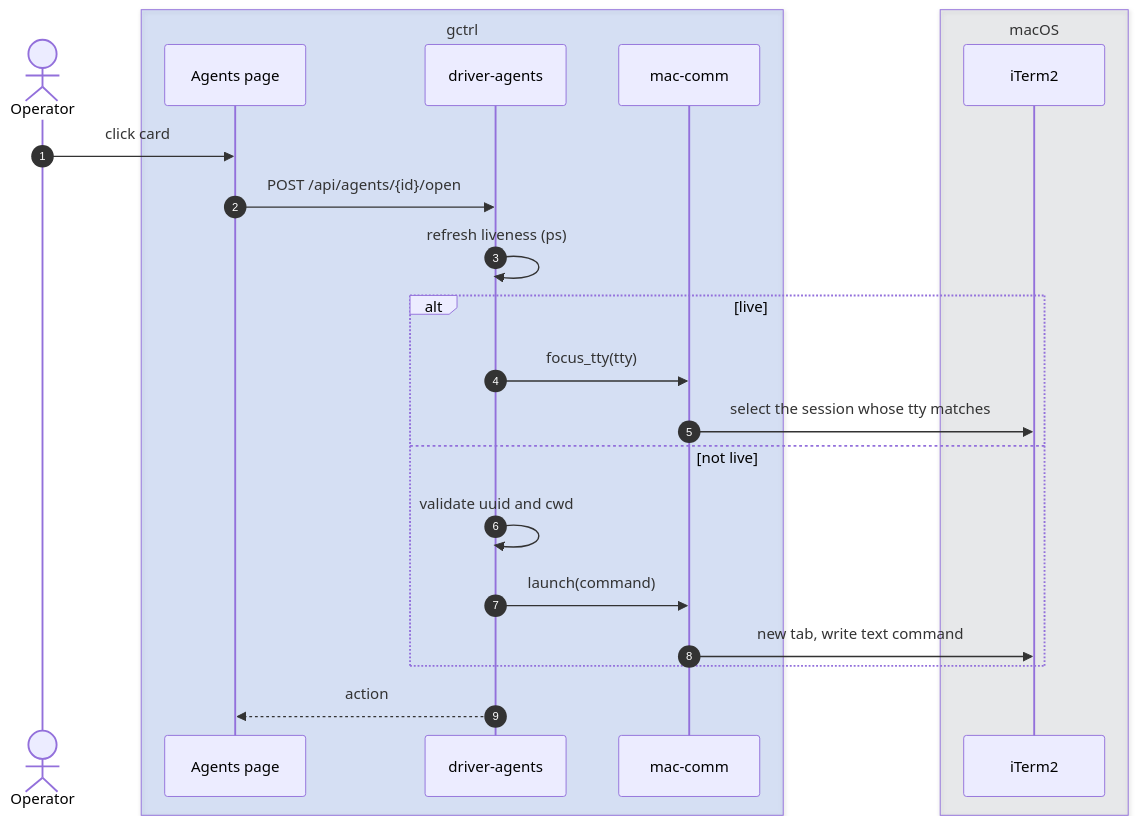
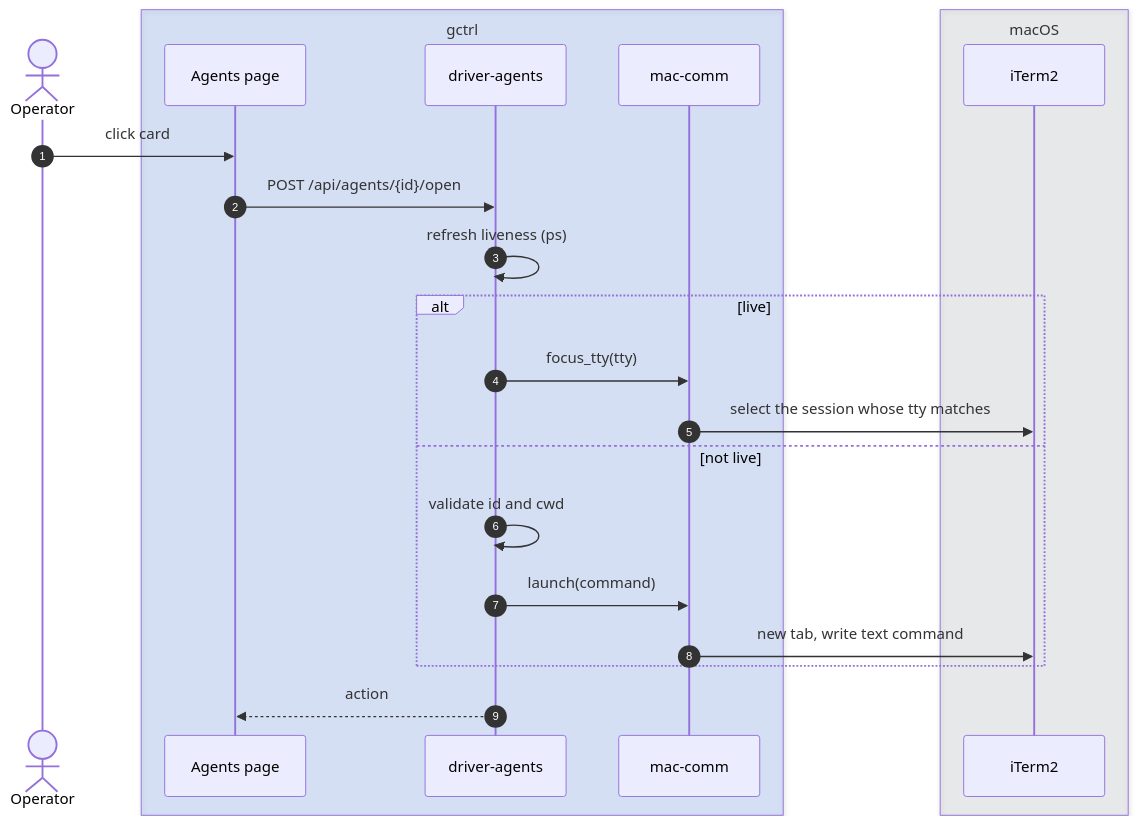
The first of 2 diagrams in vault/specs/architecture/apps/agent-panel.md (OpenHackersClub/gctrl), drawn with Mermaid before and after one commit. The commit also changed other lines of this file and 27 other files, not shown here.

````diff
--- a/vault/specs/architecture/apps/agent-panel.md
+++ b/vault/specs/architecture/apps/agent-panel.md
@@ -109,25 +158,25 @@
 ```mermaid
 sequenceDiagram
   autonumber
   actor U as Operator
   box rgba(37,99,235,0.15) gctrl
     participant P as Agents page
     participant K as driver-agents
     participant M as mac-comm
   end
   box rgba(156,163,175,0.15) macOS
     participant I as iTerm2
   end
   U->>P: click card
   P->>K: POST /api/agents/{id}/open
   K->>K: refresh liveness (ps)
   alt live
     K->>M: focus_tty(tty)
     M->>I: select the session whose tty matches
   else not live
-    K->>K: validate uuid and cwd
+    K->>K: validate id and cwd
     K->>M: launch(command)
     M->>I: new tab, write text command
   end
   K-->>P: action
 ```
````
